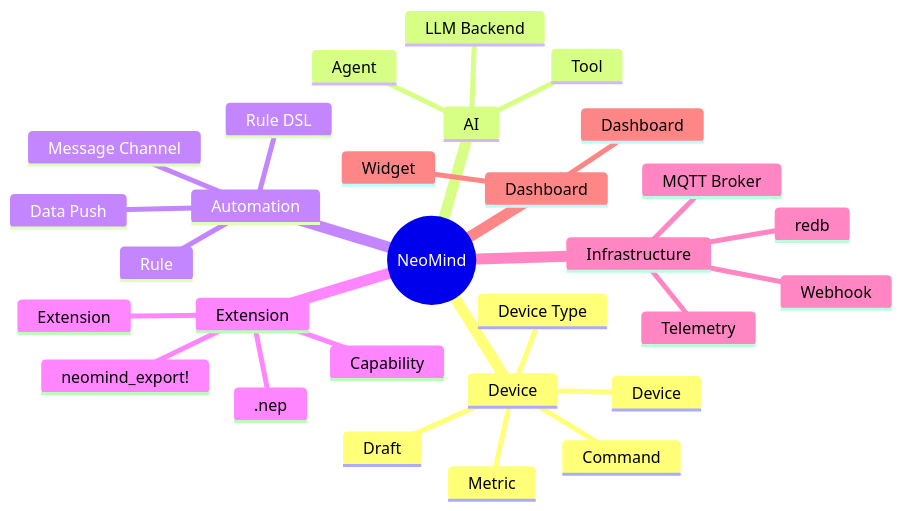
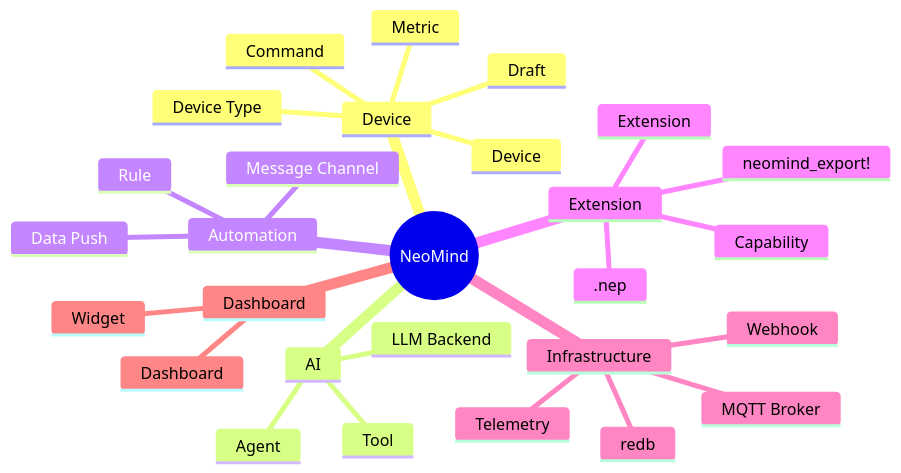
One commit to luommy/wiki-documents changed the first of 7 diagrams in i18n/en/docusaurus-plugin-content-docs/current/0-neomind/concepts/1-glossary.md. Above: the diagram before and after it, drawn with Mermaid. The commit also changed other lines of this file and 13 other files, not shown here.

````diff
--- a/i18n/en/docusaurus-plugin-content-docs/current/0-neomind/concepts/1-glossary.md
+++ b/i18n/en/docusaurus-plugin-content-docs/current/0-neomind/concepts/1-glossary.md
@@ -24,32 +24,31 @@
 ```mermaid
 mindmap
   root((NeoMind))
     Device
       Device
       Device Type
       Draft
       Metric
       Command
     AI
       LLM Backend
       Agent
       Tool
     Automation
       Rule
-      Rule DSL
       Message Channel
       Data Push
     Extension
       Extension
       Capability
       .nep
       neomind_export!
     Infrastructure
       MQTT Broker
       Telemetry
       redb
       Webhook
     Dashboard
       Dashboard
       Widget
 ```
````
